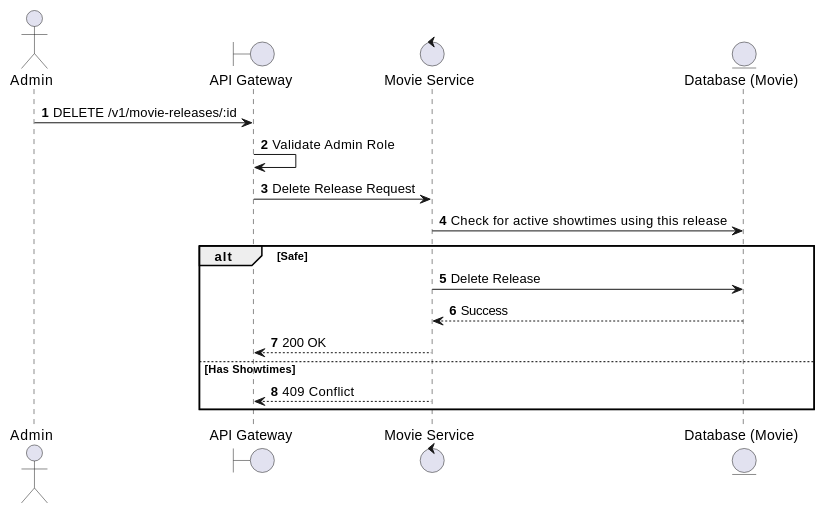
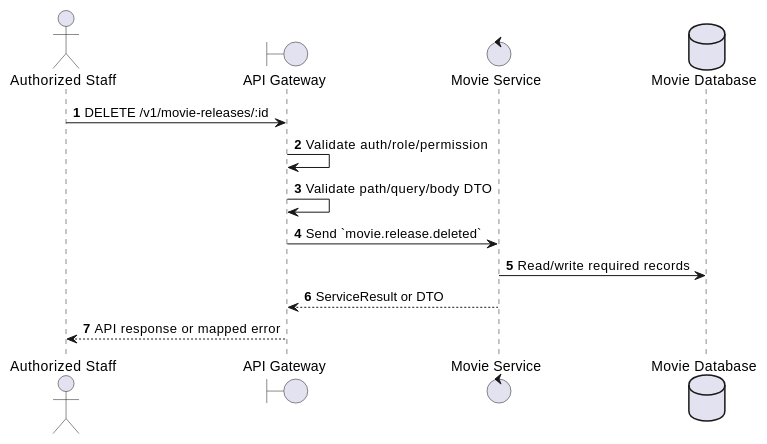
The first of 2 diagrams in docs/functional_specs/3.3.2_Movie_Releases/MR-03_Delete_Movie_Release.md (Tanh1603/movie-hub-architecture), drawn with PlantUML before and after one commit. The commit also changed other lines of this file and 126 other files, not shown here.

````diff
--- a/docs/functional_specs/3.3.2_Movie_Releases/MR-03_Delete_Movie_Release.md
+++ b/docs/functional_specs/3.3.2_Movie_Releases/MR-03_Delete_Movie_Release.md
@@ -17,21 +17,17 @@
 ```plantuml
 @startuml
 autonumber
-actor Admin
+actor "Authorized Staff" as Actor
 boundary "API Gateway" as GW
-control "Movie Service" as MS
-entity "Database (Movie)" as DB
+control "Movie Service" as SVC
+database "Movie Database" as DB
 
-Admin -> GW: DELETE /v1/movie-releases/:id
-GW -> GW: Validate Admin Role
-GW -> MS: Delete Release Request
-MS -> DB: Check for active showtimes using this release
-alt Safe
-    MS -> DB: Delete Release
-    DB --> MS: Success
-    MS --> GW: 200 OK
-else Has Showtimes
-    MS --> GW: 409 Conflict
-end
+Actor -> GW: DELETE /v1/movie-releases/:id
+GW -> GW: Validate auth/role/permission
+GW -> GW: Validate path/query/body DTO
+GW -> SVC: Send `movie.release.deleted`
+SVC -> DB: Read/write required records
+SVC --> GW: ServiceResult or DTO
+GW --> Actor: API response or mapped error
 @enduml
 ```
````
